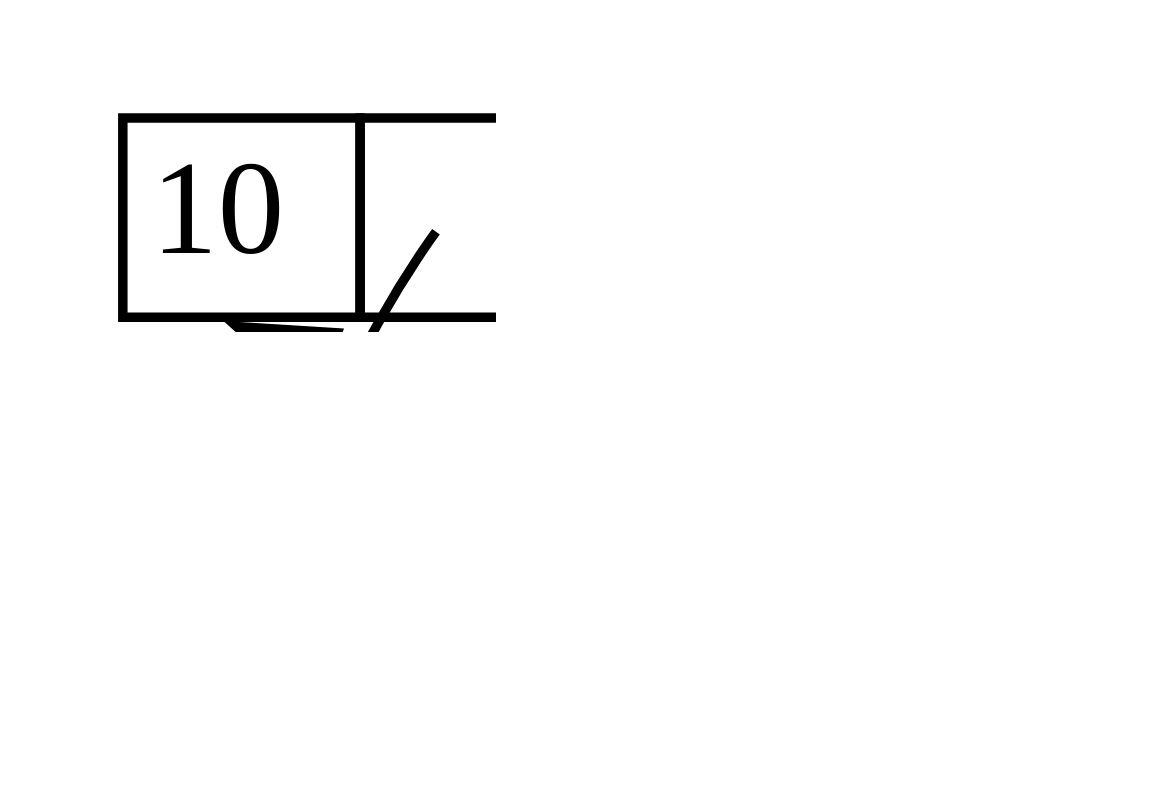
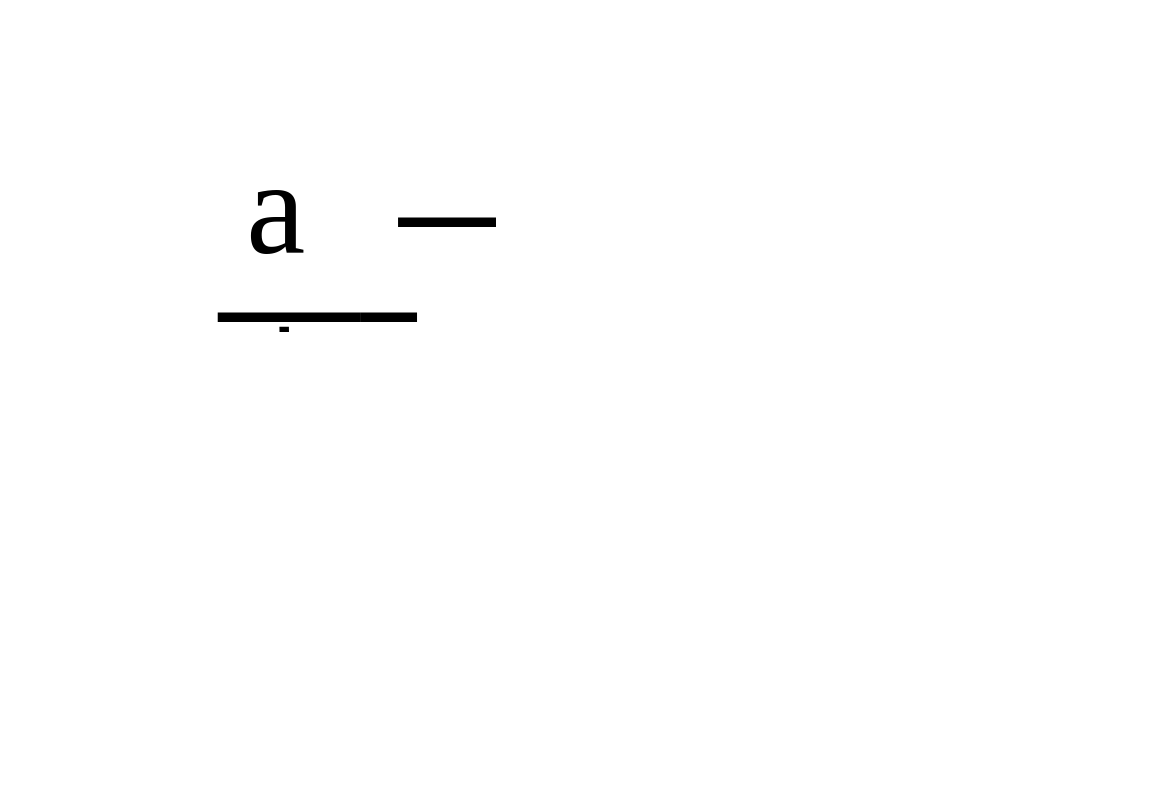
Before and after one commit to rust-lang/book: the diagram in dot/trpl15-04.dot, drawn with Graphviz. The commit also changed 1 other file, not shown here.

```diff
--- a/dot/trpl15-04.dot
+++ b/dot/trpl15-04.dot
@@ -1,34 +1,32 @@
 digraph {
     rankdir="LR";
     dpi=300.0;
     node [shape="plaintext"];
 
     table0[label=<<TABLE BORDER="0" CELLBORDER="1" CELLSPACING="0">
-        <TR><TD SIDES="B" PORT="pte3">a</TD><TD SIDES="B" PORT="ptr0"></TD></TR>
+        <TR><TD SIDES="B" PORT="ptr3">a</TD><TD SIDES="B" PORT="ptr0"></TD></TR>
     </TABLE>>];
 
     table1[label=<<TABLE BORDER="0" CELLBORDER="1" CELLSPACING="0">
         <TR><TD PORT="pte0">5</TD><TD PORT="ptr1">  </TD></TR>
     </TABLE>>];
 
+    table2[label=<<TABLE BORDER="0" CELLBORDER="1" CELLSPACING="0">
+        <TR><TD SIDES="B" PORT="pte1">b</TD><TD SIDES="B" PORT="pte2"></TD></TR>
+    </TABLE>>];
 
     table3[label=<<TABLE BORDER="0" CELLBORDER="1" CELLSPACING="0">
-        <TR><TD PORT="pte2">10</TD><TD PORT="ptr3">  </TD></TR>
+        <TR><TD PORT="ptr2">10</TD><TD PORT="pte3">  </TD></TR>
     </TABLE>>];
-
-
-    table2[label=<<TABLE BORDER="0" CELLBORDER="1" CELLSPACING="0">
-        <TR><TD SIDES="B" PORT="pte1">b</TD><TD SIDES="B" PORT="ptr2"></TD></TR>
-    </TABLE>>];
-
 
     edge[tailclip="false"];
     table0:ptr0:c -> table1:pte0;
     table1:ptr1:c -> table2:pte1;
-    table2:ptr2:c -> table3:pte2;
-    table3:ptr3:c -> table0:pte3;
+    table3:ptr2 -> table2:pte2 [ dir="back" ];
 
-    { rank="same"; table3; table0; }
+    table0:ptr3 -> table3:pte3:c;
+
     { rank="same"; table1; table2; }
+    { rank="same"; table0; table3; }
 
 }
```
